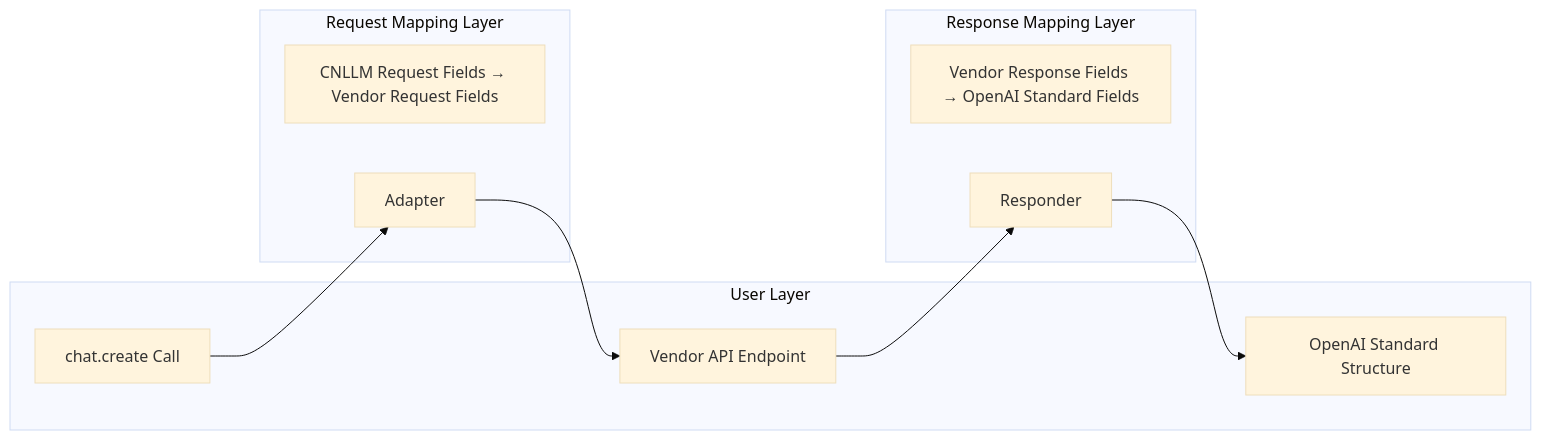
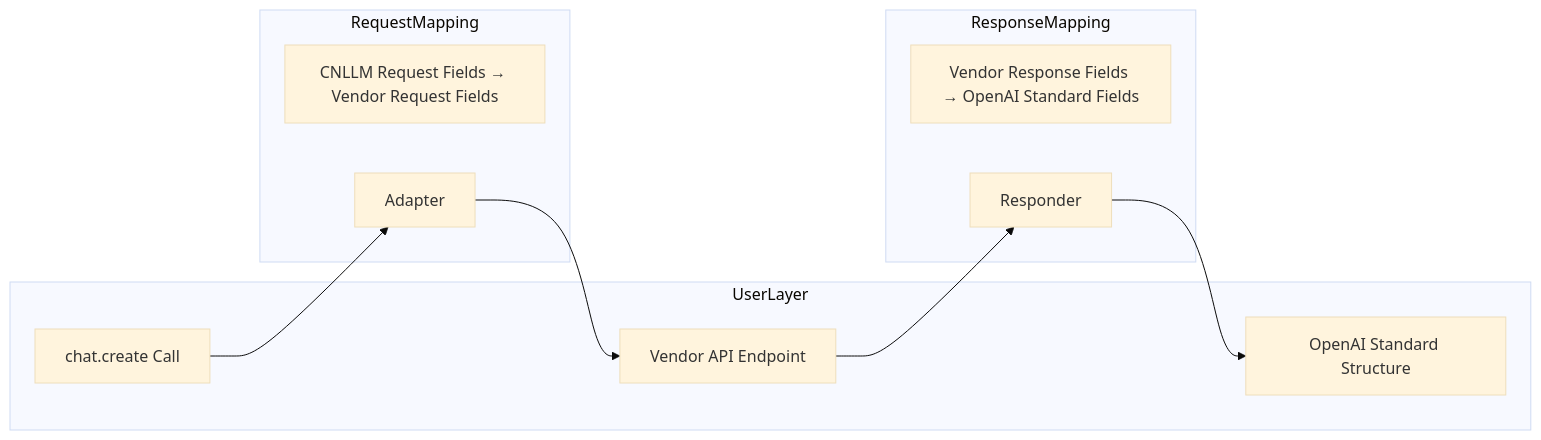
Before and after one commit to kanchengw/cnllm: the second of 2 diagrams in docs/CONTRIBUTOR_en.md, drawn with Mermaid (base theme). The commit also changed other lines of this file and 46 other files, not shown here.

````diff
--- a/docs/CONTRIBUTOR_en.md
+++ b/docs/CONTRIBUTOR_en.md
@@ -46,20 +26,20 @@
 ```mermaid
 flowchart LR
-    subgraph User Layer
+    subgraph UserLayer
         A[chat.create Call] & C[Vendor API Endpoint] & E[OpenAI Standard Structure]
     end
 
-    subgraph Request Mapping Layer
+    subgraph RequestMapping
         F[CNLLM Request Fields → Vendor Request Fields] & B[Adapter]
     end
 
     B --> C
 
-    subgraph Response Mapping Layer
+    subgraph ResponseMapping
         H[Vendor Response Fields → OpenAI Standard Fields] & G[Responder]
     end
 
     A --> B
     C --> G
     G --> E
 ```
````
